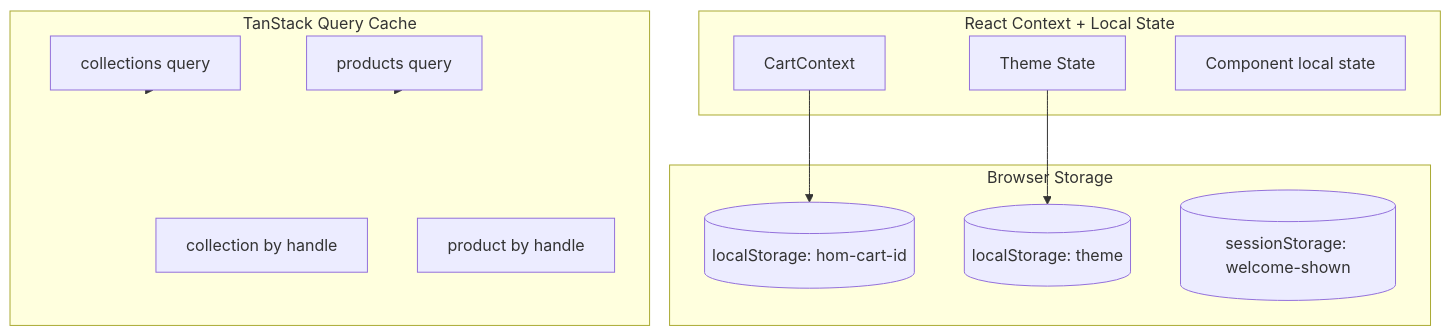
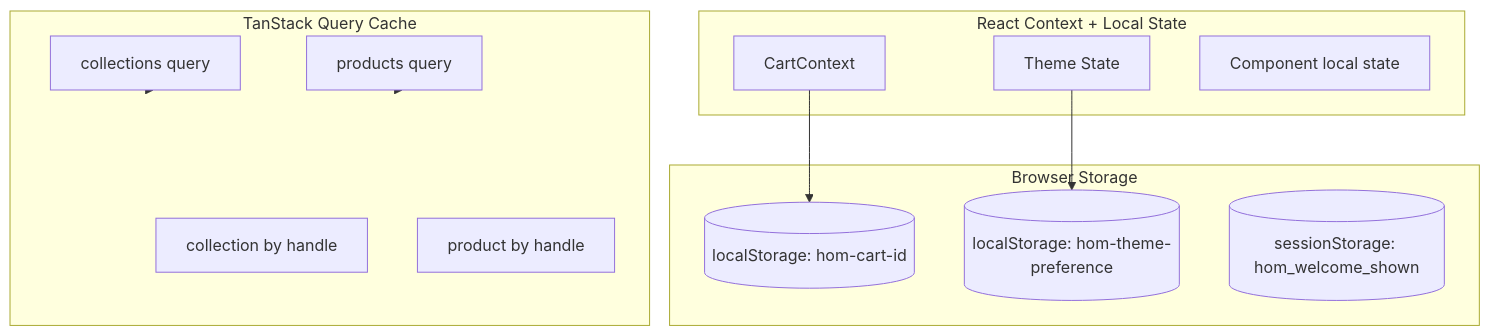
One commit to JasdeepN/house-of-mornii-shop changed the first of 3 diagrams in docs/04-state-management.md. Above: the diagram before and after it, drawn with Mermaid. The commit also changed other lines of this file and 3 other files, not shown here.

````diff
--- a/docs/04-state-management.md
+++ b/docs/04-state-management.md
@@ -10,26 +10,26 @@
 ```mermaid
 graph TB
     subgraph ServerState["TanStack Query Cache"]
         Collections[collections query]
         Products[products query]
         CollectionByHandle[collection by handle]
         ProductByHandle[product by handle]
     end
 
     subgraph ClientState["React Context + Local State"]
         CartCtx[CartContext]
         ThemeCtx[Theme State]
         UIState[Component local state]
     end
 
     subgraph Persistence["Browser Storage"]
         LocalCart[(localStorage: hom-cart-id)]
-        LocalTheme[(localStorage: theme)]
-        SessionSession[(sessionStorage: welcome-shown)]
+        LocalTheme[(localStorage: hom-theme-preference)]
+        SessionSession[(sessionStorage: hom_welcome_shown)]
     end
 
     CartCtx --> LocalCart
     ThemeCtx --> LocalTheme
     Collections --> ServerState
     Products --> ServerState
 ```
````
